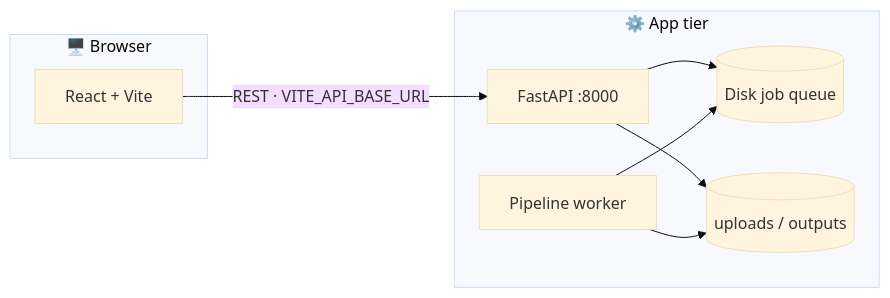
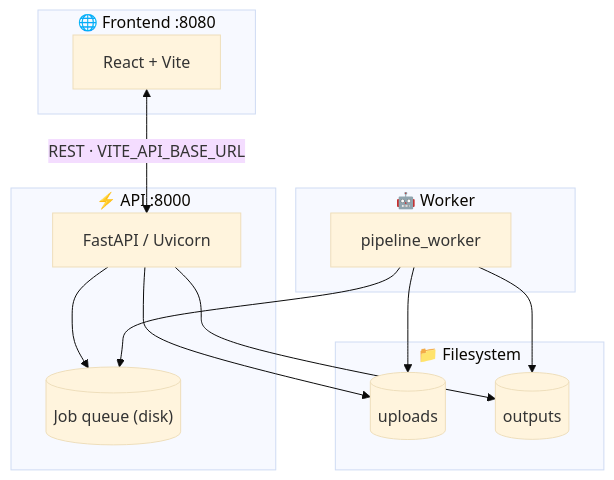
The first of 2 diagrams in README.md (Ranuka-Jayesh/voxinity), drawn with Mermaid (base theme) before and after one commit. The commit also changed other lines of this file and 1 other file, not shown here.

Commit message:
docs: richer README — SVG hero, alerts, nested details, Mermaid sequence

````diff
--- a/README.md
+++ b/README.md
@@ -71,17 +82,24 @@
 ```mermaid
-flowchart LR
-  subgraph Client["🖥️ Browser"]
-    UI["React + Vite"]
+flowchart TB
+  subgraph FE["🌐 Frontend :8080"]
+    R[React + Vite]
   end
-  subgraph Server["⚙️ App tier"]
-    API["FastAPI :8000"]
-    W["Pipeline worker"]
-    Q[("Disk job queue")]
-    FS[("uploads / outputs")]
+  subgraph BE["⚡ API :8000"]
+    F[FastAPI / Uvicorn]
+    Q[("Job queue (disk)")]
   end
-  UI -->|"REST · VITE_API_BASE_URL"| API
-  API --> Q
-  W --> Q
-  API --> FS
-  W --> FS
+  subgraph ML["🤖 Worker"]
+    P[pipeline_worker]
+  end
+  subgraph FS["📁 Filesystem"]
+    U[(uploads)]
+    O[(outputs)]
+  end
+  R <-->|"REST · VITE_API_BASE_URL"| F
+  F --> Q
+  P --> Q
+  F --> U
+  F --> O
+  P --> U
+  P --> O
 ```
````
